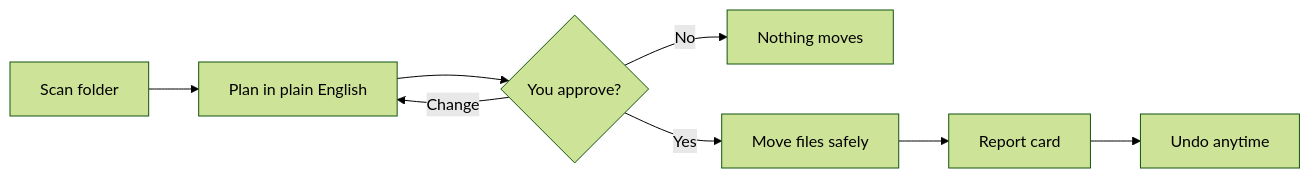
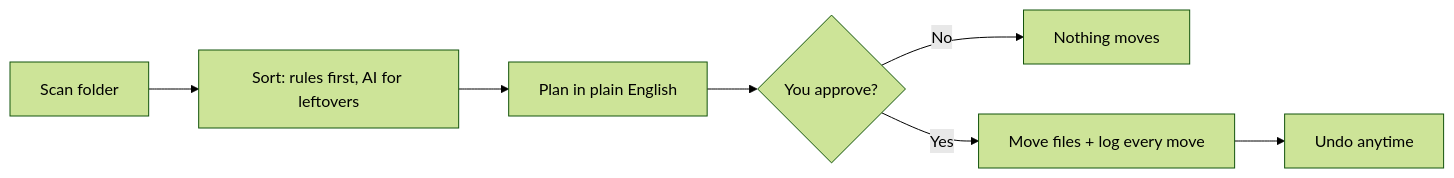
One commit to shifamehreen-005/laptop-care-agent changed the diagram in README.md. Above: the diagram before and after it, drawn with Mermaid (forest theme). The commit also changed other lines of this file and 7 other files, not shown here.

````diff
--- a/README.md
+++ b/README.md
@@ -9,10 +17,9 @@
 ```mermaid
 flowchart LR
-    A[Scan folder] --> B[Plan in plain English]
-    B --> C{You approve?}
-    C -- Change --> B
-    C -- No --> D[Nothing moves]
-    C -- Yes --> E[Move files safely]
-    E --> F[Report card]
+    A[Scan folder] --> B[Sort: rules first, AI for leftovers]
+    B --> C[Plan in plain English]
+    C --> D{You approve?}
+    D -- No --> E[Nothing moves]
+    D -- Yes --> F[Move files + log every move]
     F --> G[Undo anytime]
 ```
````
